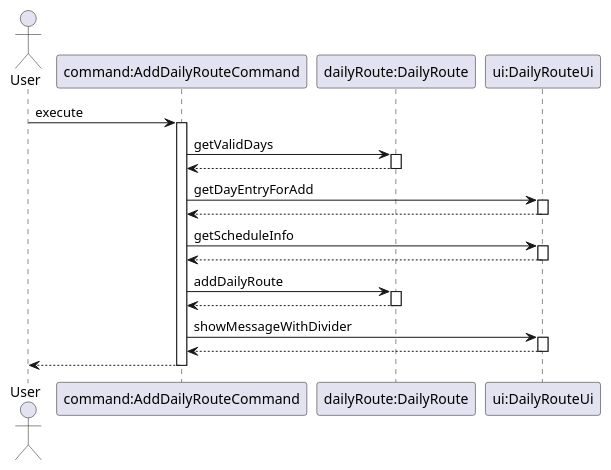
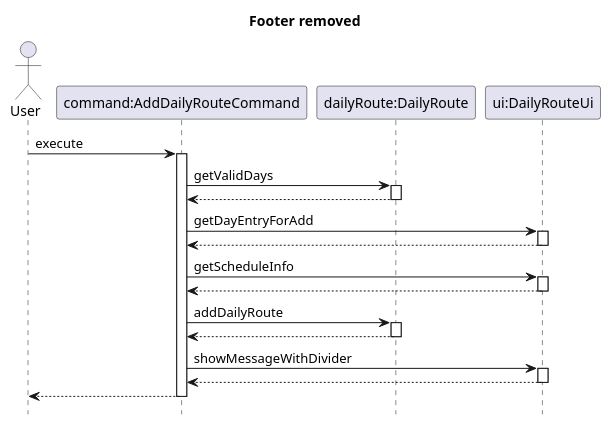
The diagram in docs/addday.puml (nus-cs2113-AY2021S2/tp), drawn with PlantUML before and after one commit. The commit also changed 10 other files, not shown here.

Commit message:
fixed checkstyle and uml diagrams

```diff
--- a/docs/addday.puml
+++ b/docs/addday.puml
@@ -1,31 +1,33 @@
 @startuml
+hide footbox
+title Footer removed
 actor User
 User -> "command:AddDailyRouteCommand" : execute
 activate "command:AddDailyRouteCommand"
 "command:AddDailyRouteCommand" -> "dailyRoute:DailyRoute" : getValidDays
 activate "dailyRoute:DailyRoute"
 return
 deactivate "dailyRoute:DailyRoute"
 "command:AddDailyRouteCommand" -> "ui:DailyRouteUi" : getDayEntryForAdd
 activate "ui:DailyRouteUi"
 return
 deactivate "ui:DailyRouteUi"
 
 "command:AddDailyRouteCommand" -> "ui:DailyRouteUi" : getScheduleInfo
 activate "ui:DailyRouteUi"
 return
 deactivate "ui:DailyRouteUi"
 
 "command:AddDailyRouteCommand" -> "dailyRoute:DailyRoute" : addDailyRoute
 activate "dailyRoute:DailyRoute"
 "dailyRoute:DailyRoute" --> "command:AddDailyRouteCommand"
 deactivate "dailyRoute:DailyRoute"
 
 "command:AddDailyRouteCommand" -> "ui:DailyRouteUi": showMessageWithDivider
 activate "ui:DailyRouteUi"
 return
 deactivate "ui:DailyRouteUi"
 "command:AddDailyRouteCommand" --> User
 deactivate "command:AddDailyRouteCommand"
 
 @enduml
```
